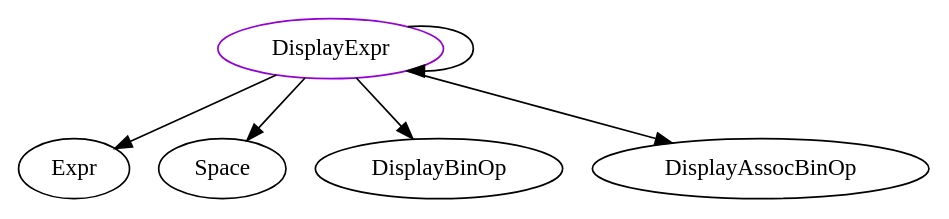
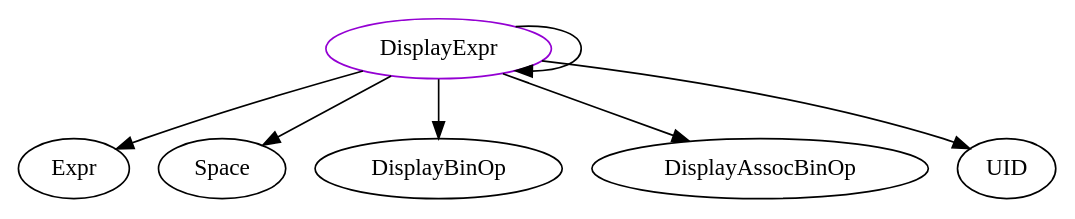
Before and after one commit to JacquesCarette/Drasil: the diagram in analysis/TypeDependencyGraphs/lang/DisplayExpr.dot, drawn with Graphviz. The commit also changed 8395 other files, not shown here.

```diff
--- a/analysis/TypeDependencyGraphs/lang/DisplayExpr.dot
+++ b/analysis/TypeDependencyGraphs/lang/DisplayExpr.dot
@@ -1,8 +1,9 @@
 digraph displayexpr{
 DisplayExpr -> Expr;
 DisplayExpr -> DisplayExpr;
 DisplayExpr -> Space;
 DisplayExpr -> DisplayBinOp;
 DisplayExpr -> DisplayAssocBinOp;
+DisplayExpr -> UID;
 DisplayExpr	[shape=oval, color=darkviolet, label="DisplayExpr"];
 }
```
